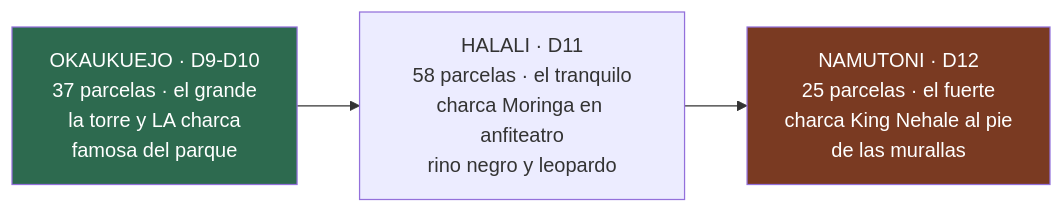
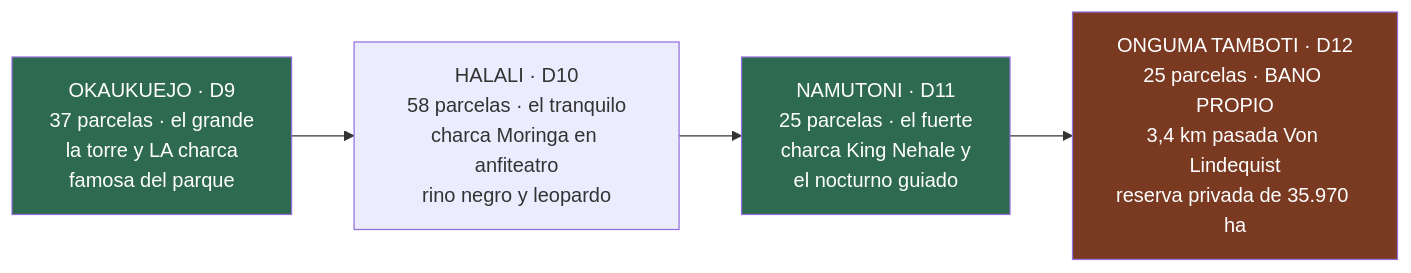
Before and after one commit to morandeirachema/namibia: the diagram in 21-campamentos-de-etosha.md, drawn with Mermaid. The commit also changed other lines of this file and 29 other files, not shown here.

````diff
--- a/21-campamentos-de-etosha.md
+++ b/21-campamentos-de-etosha.md
@@ -20,8 +22,10 @@
 ```mermaid
 flowchart LR
 %% ancho
-    O["OKAUKUEJO · D9-D10<br/>37 parcelas · el grande<br/>la torre y LA charca<br/>famosa del parque"] --> H["HALALI · D11<br/>58 parcelas · el tranquilo<br/>charca Moringa en anfiteatro<br/>rino negro y leopardo"]
-    H --> N["NAMUTONI · D12<br/>25 parcelas · el fuerte<br/>charca King Nehale al pie<br/>de las murallas"]
+    O["OKAUKUEJO · D9<br/>37 parcelas · el grande<br/>la torre y LA charca<br/>famosa del parque"] --> H["HALALI · D10<br/>58 parcelas · el tranquilo<br/>charca Moringa en anfiteatro<br/>rino negro y leopardo"]
+    H --> N["NAMUTONI · D11<br/>25 parcelas · el fuerte<br/>charca King Nehale y<br/>el nocturno guiado"]
+    N --> G["ONGUMA TAMBOTI · D12<br/>25 parcelas · BANO PROPIO<br/>3,4 km pasada Von Lindequist<br/>reserva privada de 35.970 ha"]
     style O fill:#2d6a4f,color:#fff
-    style N fill:#7a3a22,color:#fff
+    style N fill:#2d6a4f,color:#fff
+    style G fill:#7a3a22,color:#fff
 ```
````
